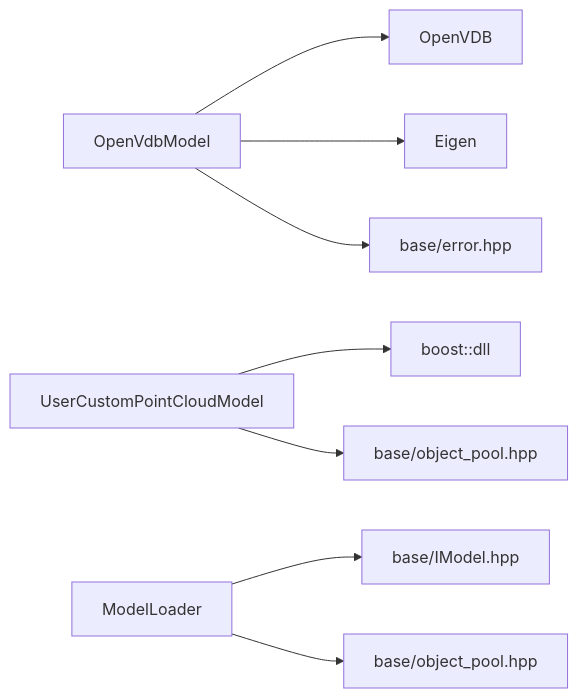
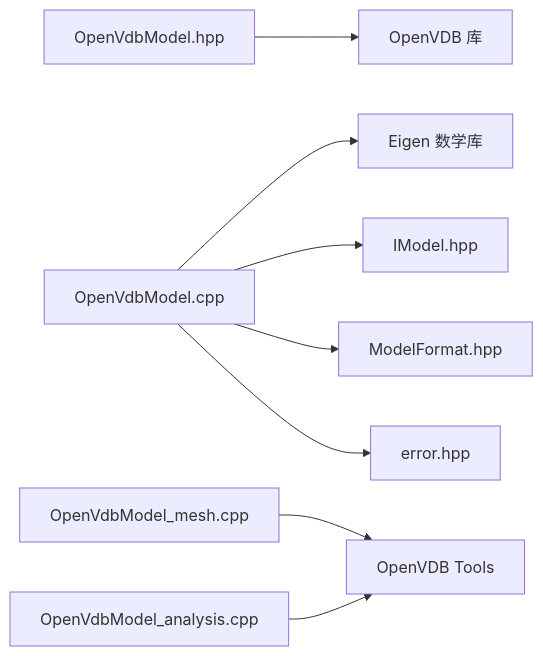
The eighth of 8 diagrams in .qoder/repowiki/zh/content/核心概念/模型抽象接口/点云模型实现.md (hsmbanlance/HsBaSlicer), drawn with Mermaid before and after one commit. The commit also changed other lines of this file and 1135 other files, not shown here.

````diff
--- a/.qoder/repowiki/zh/content/核心概念/模型抽象接口/点云模型实现.md
+++ b/.qoder/repowiki/zh/content/核心概念/模型抽象接口/点云模型实现.md
@@ -346,10 +330,10 @@
 ```mermaid
 graph LR
-OVM["OpenVdbModel"] --> OVD["OpenVDB"]
-OVM --> EIG["Eigen"]
-OVM --> ERR["base/error.hpp"]
-UCPM["UserCustomPointCloudModel"] --> DLL["boost::dll"]
-UCPM --> POOL["base/object_pool.hpp"]
-ML["ModelLoader"] --> IM["base/IModel.hpp"]
-ML --> OP["base/object_pool.hpp"]
+OpenVdbModel_hpp["OpenVdbModel.hpp"] --> OpenVDB["OpenVDB 库"]
+OpenVdbModel_cpp["OpenVdbModel.cpp"] --> Eigen["Eigen 数学库"]
+OpenVdbModel_cpp --> BaseModel["IModel.hpp"]
+OpenVdbModel_cpp --> BaseFmt["ModelFormat.hpp"]
+OpenVdbModel_cpp --> BaseErr["error.hpp"]
+OpenVdbModel_mesh_cpp["OpenVdbModel_mesh.cpp"] --> Tools["OpenVDB Tools"]
+OpenVdbModel_analysis_cpp["OpenVdbModel_analysis.cpp"] --> Tools
 ```
````
